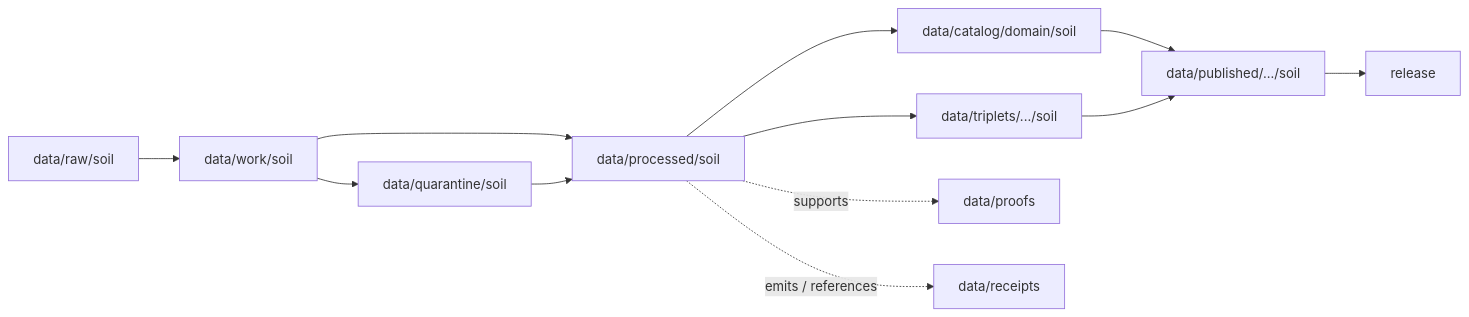
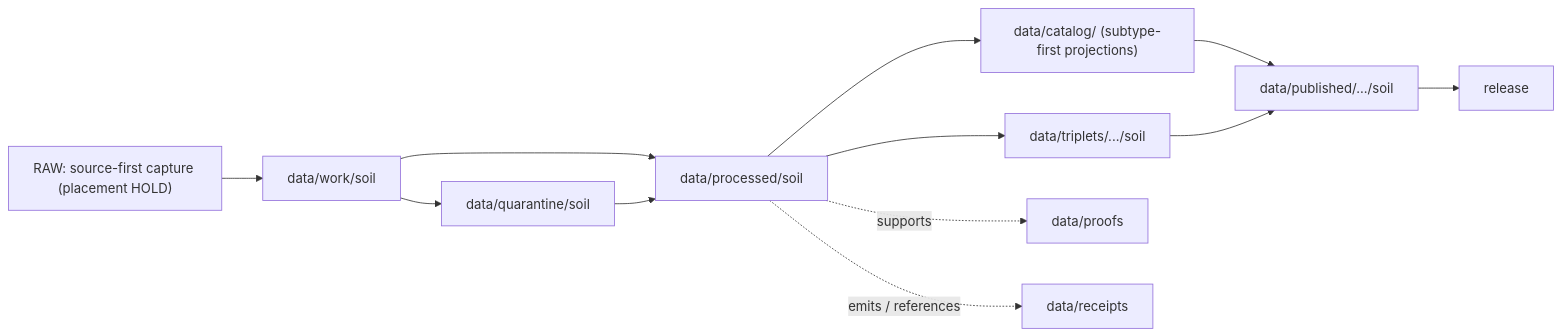
One commit to bartytime4life/Kansas-Frontier-Matrix changed the diagram in data/processed/soil/README.md. Above: the diagram before and after it, drawn with Mermaid. The commit also changed other lines of this file and 7 other files, not shown here.

````diff
--- a/data/processed/soil/README.md
+++ b/data/processed/soil/README.md
@@ -111,14 +112,14 @@
 ```mermaid
 flowchart LR
-  RAW[data/raw/soil] --> WORK[data/work/soil]
+  RAW["RAW: source-first capture (placement HOLD)"] --> WORK[data/work/soil]
   WORK --> QUAR[data/quarantine/soil]
   WORK --> PROC[data/processed/soil]
   QUAR --> PROC
-  PROC --> CAT[data/catalog/domain/soil]
+  PROC --> CAT["data/catalog/ (subtype-first projections)"]
   PROC --> TRIP[data/triplets/.../soil]
   PROC -. supports .-> PROOF[data/proofs]
   PROC -. emits / references .-> RECEIPT[data/receipts]
   CAT --> PUBLISHED[data/published/.../soil]
   TRIP --> PUBLISHED
   PUBLISHED --> REL[release]
 ```
````
